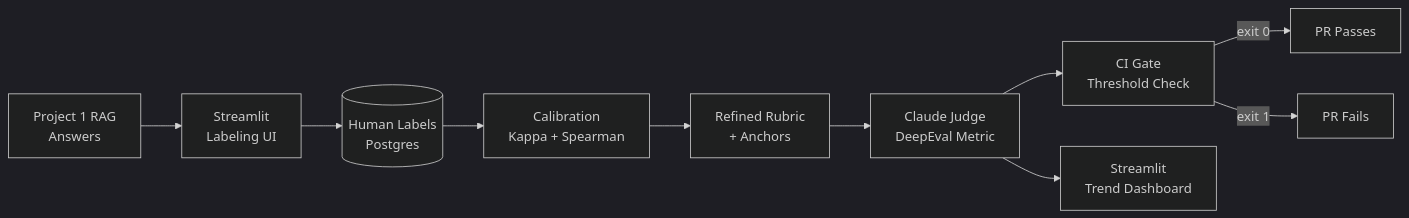
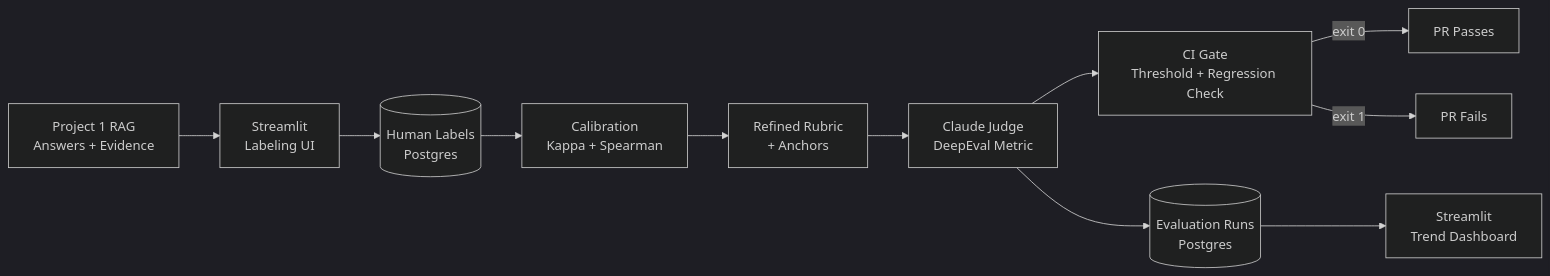
Before and after one commit to seraa02/AI-Engineering-Portfolio: the diagram in EVALS/README.md, drawn with Mermaid (dark theme). The commit also changed other lines of this file and 13 other files, not shown here.

````diff
--- a/EVALS/README.md
+++ b/EVALS/README.md
@@ -19,12 +57,13 @@
 ```mermaid
 graph LR
-    RAG[Project 1 RAG\nAnswers] --> Labeling[Streamlit\nLabeling UI]
+    RAG[Project 1 RAG\nAnswers + Evidence] --> Labeling[Streamlit\nLabeling UI]
     Labeling --> Labels[(Human Labels\nPostgres)]
     Labels --> Calibration[Calibration\nKappa + Spearman]
     Calibration --> Rubric[Refined Rubric\n+ Anchors]
     Rubric --> Judge[Claude Judge\nDeepEval Metric]
-    Judge --> CI[CI Gate\nThreshold Check]
+    Judge --> CI[CI Gate\nThreshold + Regression Check]
     CI -->|exit 0| Pass[PR Passes]
     CI -->|exit 1| Fail[PR Fails]
-    Judge --> Trends[Streamlit\nTrend Dashboard]
+    Judge --> DB[(Evaluation Runs\nPostgres)]
+    DB --> Trends[Streamlit\nTrend Dashboard]
 ```
````
